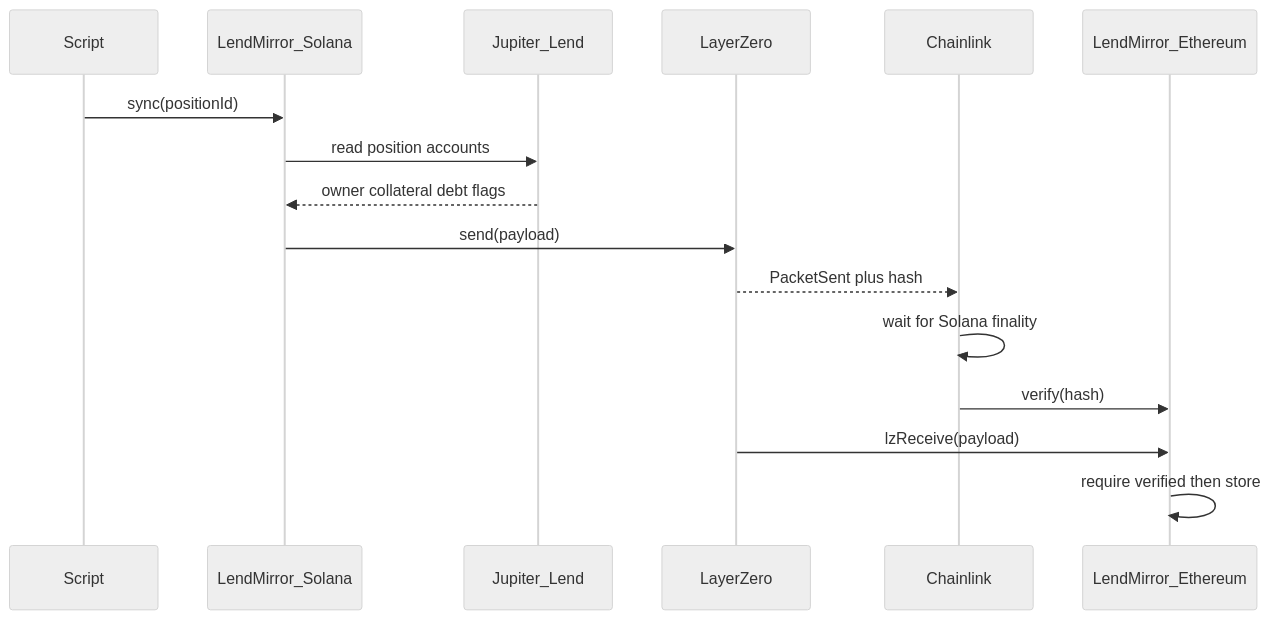
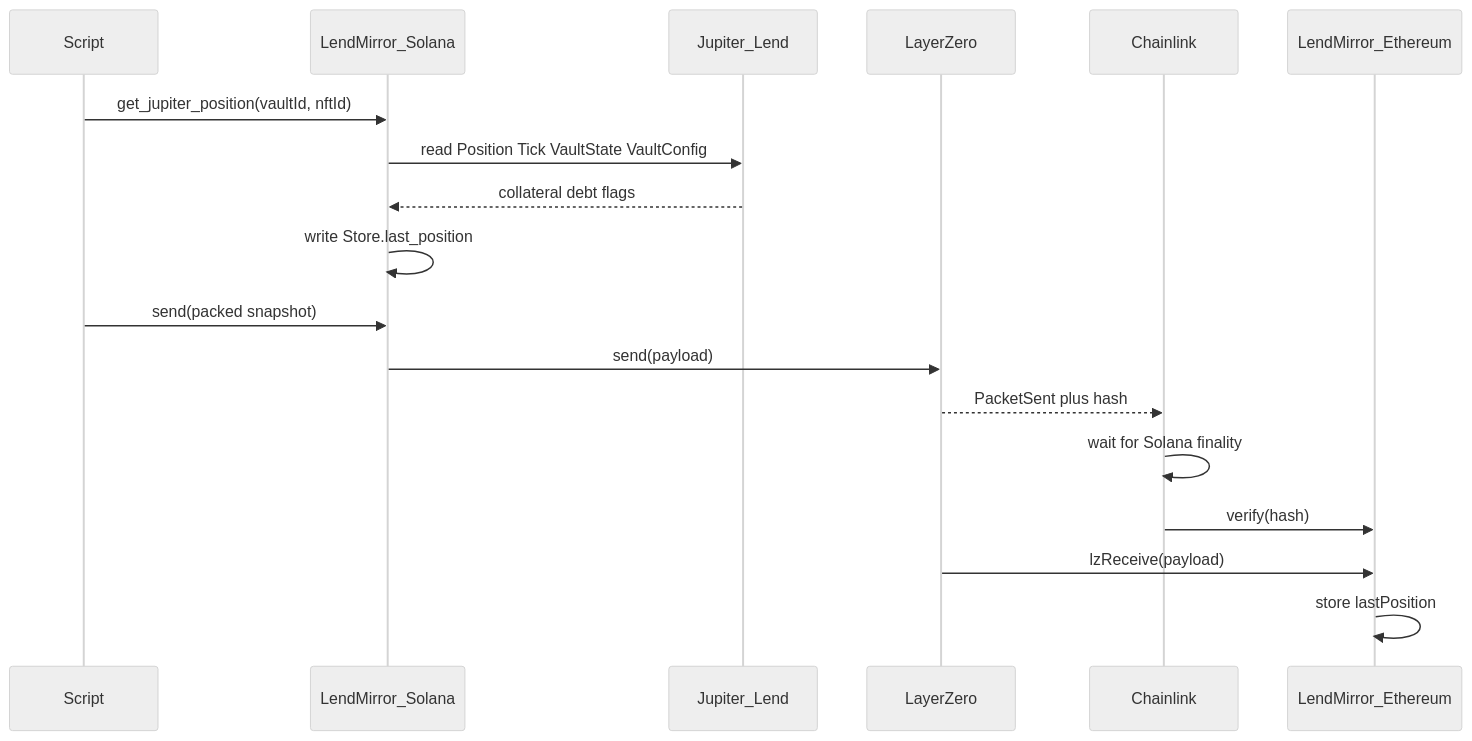
One commit to avyactjain/lendmirror changed the diagram in readme.md. Above: the diagram before and after it, drawn with Mermaid (neutral theme). The commit also changed other lines of this file and 36 other files, not shown here.

````diff
--- a/readme.md
+++ b/readme.md
@@ -47,19 +28,21 @@
 ```mermaid
 sequenceDiagram
     participant Script
     participant SolanaProgram as LendMirror_Solana
     participant Jupiter as Jupiter_Lend
     participant LZ as LayerZero
     participant CL as Chainlink
     participant Eth as LendMirror_Ethereum
 
-    Script->>SolanaProgram: sync(positionId)
-    SolanaProgram->>Jupiter: read position accounts
-    Jupiter-->>SolanaProgram: owner collateral debt flags
+    Script->>SolanaProgram: get_jupiter_position(vaultId, nftId)
+    SolanaProgram->>Jupiter: read Position Tick VaultState VaultConfig
+    Jupiter-->>SolanaProgram: collateral debt flags
+    SolanaProgram->>SolanaProgram: write Store.last_position
+    Script->>SolanaProgram: send(packed snapshot)
     SolanaProgram->>LZ: send(payload)
     LZ-->>CL: PacketSent plus hash
     CL->>CL: wait for Solana finality
     CL->>Eth: verify(hash)
     LZ->>Eth: lzReceive(payload)
-    Eth->>Eth: require verified then store
+    Eth->>Eth: store lastPosition
 ```
````
